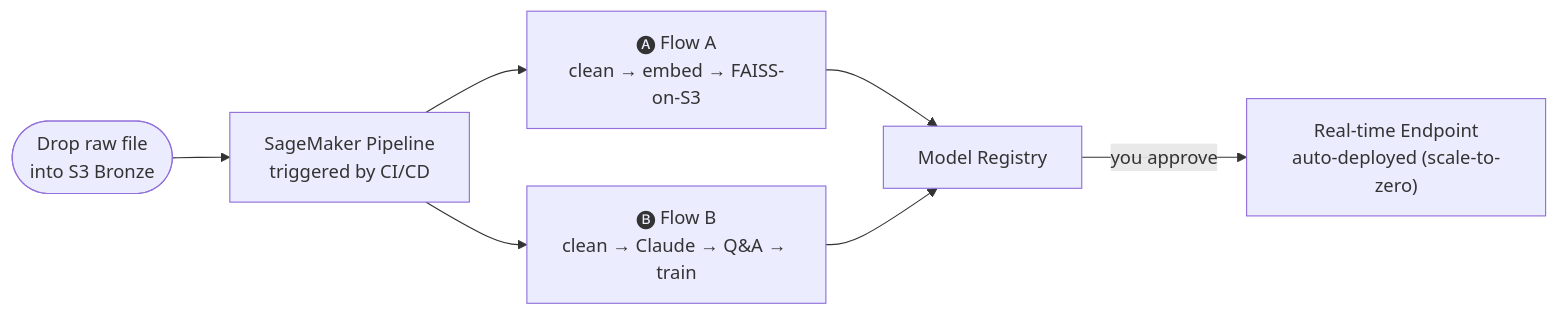
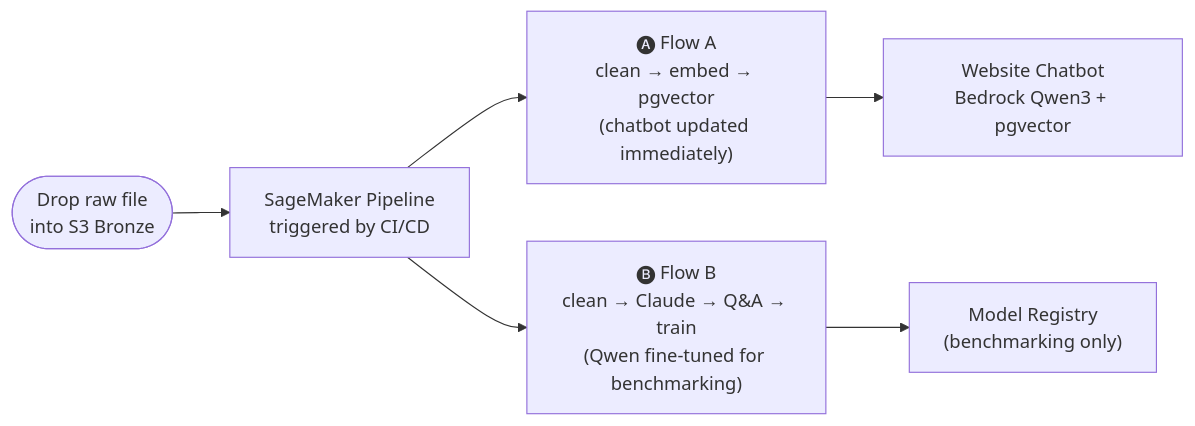
One commit to ashishv-82/sagemaker-project-chitrakatha changed the second of 2 diagrams in README.md. Above: the diagram before and after it, drawn with Mermaid. The commit also changed other lines of this file and 35 other files, not shown here.

First line of the commit message:
feat: migrate RAG stack from FAISS-on-S3 to pgvector RDS + Bedrock Qwen3

````diff
--- a/README.md
+++ b/README.md
@@ -69,8 +67,8 @@
 ```mermaid
 flowchart LR
     S(["Drop raw file<br/>into S3 Bronze"]) --> P["SageMaker Pipeline<br/>triggered by CI/CD"]
-    P --> FA["🅐 Flow A<br/>clean → embed → FAISS-on-S3"]
-    P --> FB["🅑 Flow B<br/>clean → Claude → Q&A → train"]
-    FA & FB --> M[Model Registry]
-    M -->|you approve| D["Real-time Endpoint<br/>auto-deployed (scale-to-zero)"]
+    P --> FA["🅐 Flow A<br/>clean → embed → pgvector<br/>(chatbot updated immediately)"]
+    P --> FB["🅑 Flow B<br/>clean → Claude → Q&A → train<br/>(Qwen fine-tuned for benchmarking)"]
+    FA --> Chat["Website Chatbot<br/>Bedrock Qwen3 + pgvector"]
+    FB --> M["Model Registry<br/>(benchmarking only)"]
 ```
````
